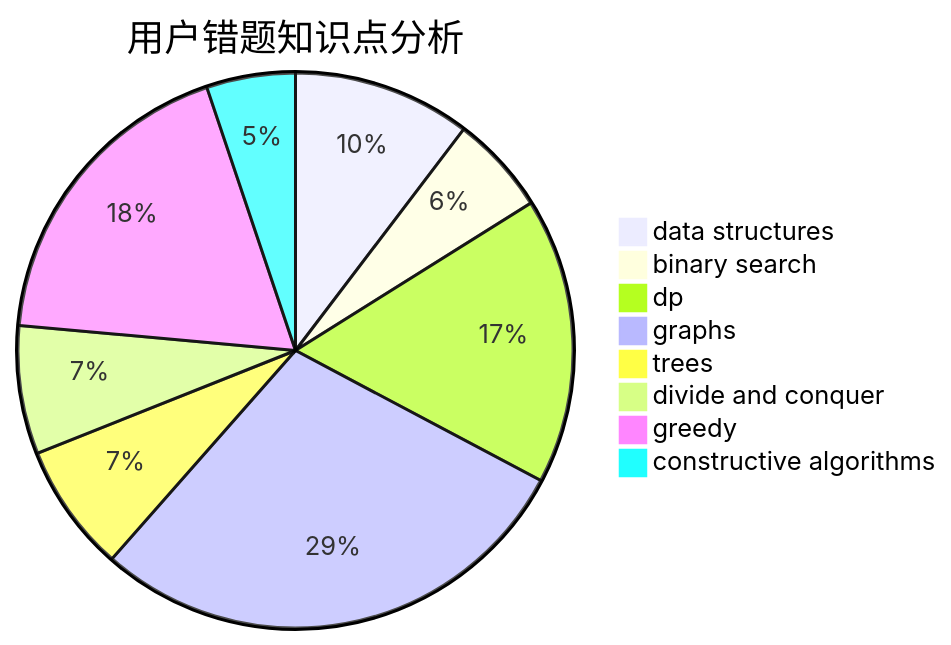
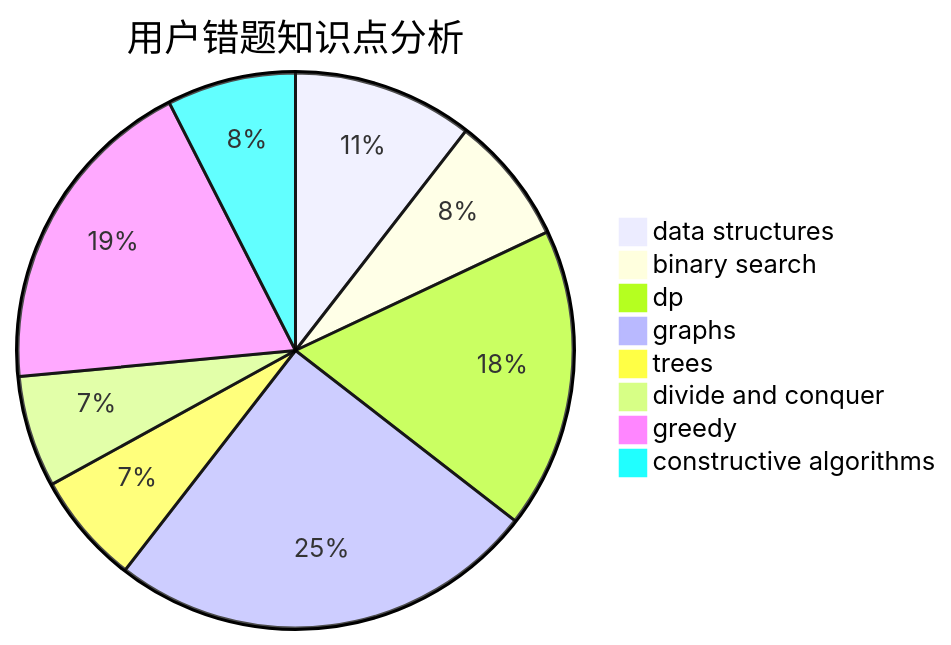
Before and after one commit to sherpahu/cfrs.github.io: the third of 3 diagrams in docs/user/u2217.md, drawn with Mermaid. The commit also changed other lines of this file and 2770 other files, not shown here.

````diff
--- a/docs/user/u2217.md
+++ b/docs/user/u2217.md
@@ -36,11 +36,11 @@
 ```mermaid
 pie title 用户错题知识点分析
-    "data structures" :  18
-    "binary search" :  10
-    "dp" :  29
+    "data structures" :  21
+    "binary search" :  15
+    "dp" :  35
     "graphs" :  50
     "trees" :  13
     "divide and conquer" :  13
-    "greedy" :  32
-    "constructive algorithms" :  9
+    "greedy" :  38
+    "constructive algorithms" :  15
 ```
````
